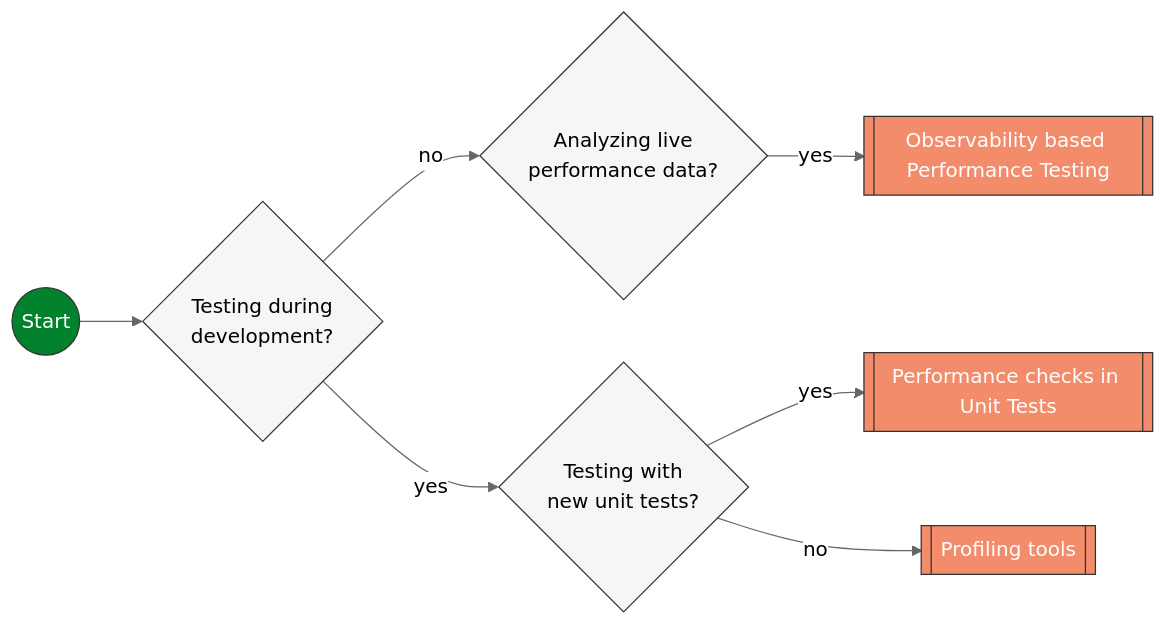
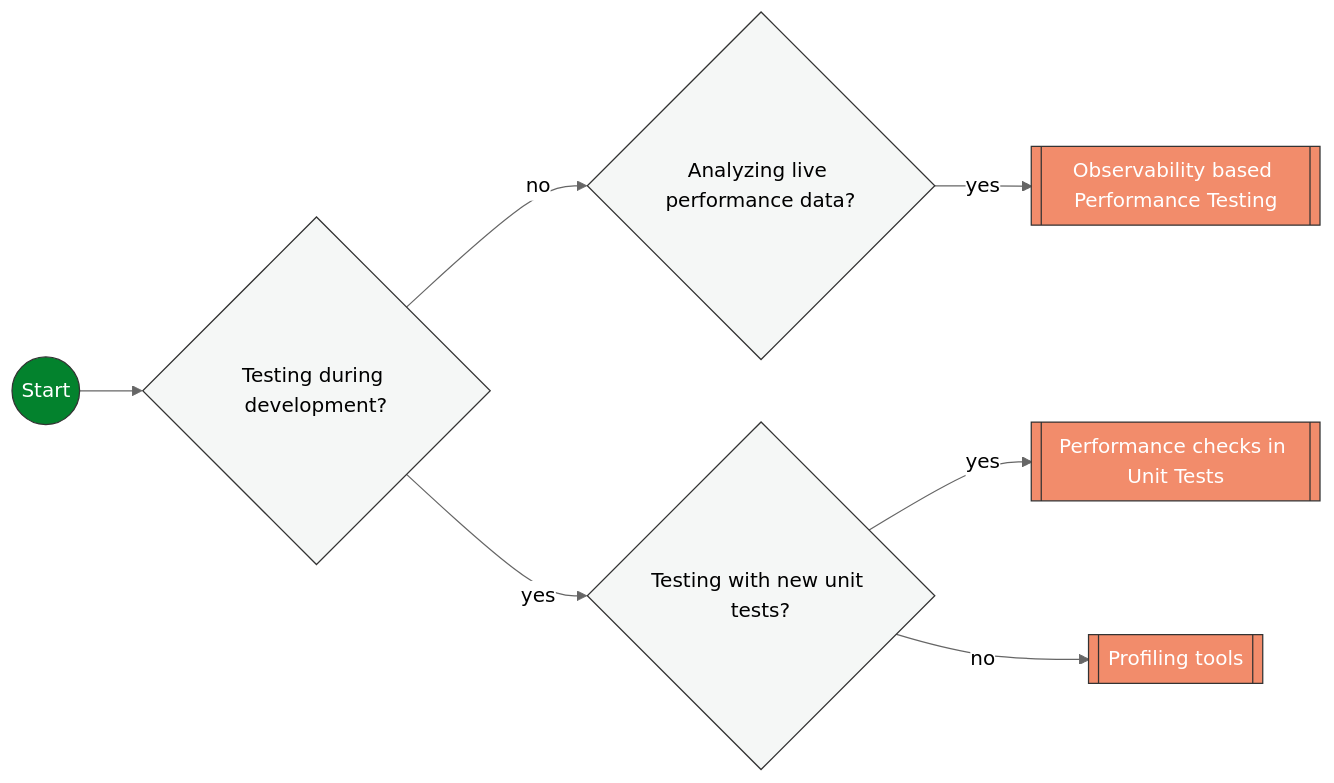
The second of 2 diagrams in content/handbook/engineering/testing/performance-tools.md (zalyoung/gitlab-handbook), drawn with Mermaid (neutral theme) before and after one commit. The commit also changed other lines of this file, not shown here.

Commit message:
Update file performance-tools.md

````diff
--- a/content/handbook/engineering/testing/performance-tools.md
+++ b/content/handbook/engineering/testing/performance-tools.md
@@ -118,40 +118,40 @@
 ```mermaid
 flowchart LR
   START((Start))
   UNIT[[Performance checks in Unit Tests]]
   PROFILE[[Profiling tools]]
   OBSERVE_TEST[[Observability based Performance Testing]]
 
-  SPECS{Testing with\nnew unit tests?}
-  BUILT{Testing during\ndevelopment?}
-  OBSERVABILITY{Analyzing live\nperformance data?}
+  SPECS{Testing with new unit tests?}
+  BUILT{Testing during development?}
+  OBSERVABILITY{Analyzing live performance data?}
 
   START --> BUILT
   BUILT -- no --> OBSERVABILITY
   BUILT -- yes --> SPECS
   SPECS -- yes --> UNIT
   SPECS -- no --> PROFILE
 
 
   OBSERVABILITY -- yes --> OBSERVE_TEST
 
 
   %% Class definition
   classDef decision fill:#f5f7f6,stroke:#333,stroke-width:1px,rx:5px;
   classDef tool fill:#F28C6B,stroke:#333,stroke-width:1px,color:white,rx:5px;
   classDef start fill:#03822d,stroke:#333,stroke-width:1px,color:white,rx:10px;
 
   class BUILT,SPECS,OBSERVABILITY decision;
   class PROFILE,UNIT,OBSERVE_TEST tool;
   class START start;
 
   %% Tool tooltips with links
   click PROFILE "#profiling-tools"
   click OBSERVE_TEST "https://handbook.gitlab.com/handbook/engineering/testing/observability_performance/"
   click UNIT "#performance-unit-testing" "Add performance assertions and benchmarks directly within your unit test suite for fast feedback"
 
   %% Decision node tooltips
   click OBSERVABILITY "Analyzing-live-performance-data"
   click BUILT "Testing-during-development"
   click SPECS "Testing-with-new-unit-tests"
  ```
````
